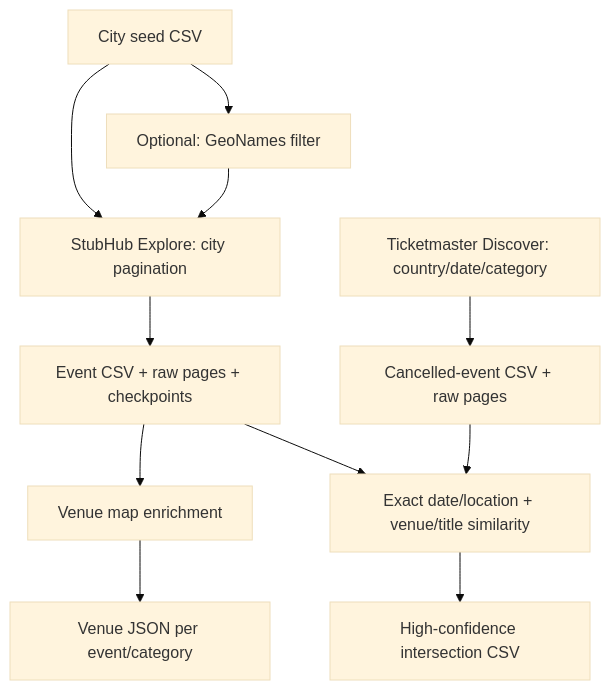
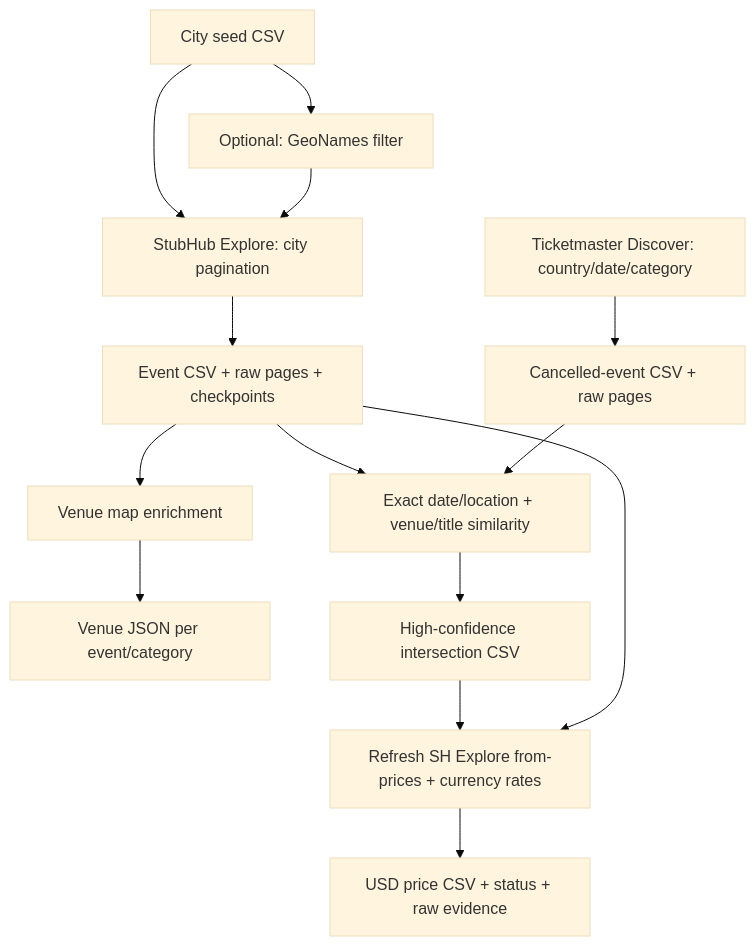
The diagram in README.md (Siriussee/cancelled-event), drawn with Mermaid (base theme) before and after one commit. The commit also changed other lines of this file and 3 other files, not shown here.

First line of the commit message:
docs: add price refresh to the cancellation workflow

````diff
--- a/README.md
+++ b/README.md
@@ -12,13 +12,16 @@
 ```mermaid
 flowchart TD
     Seeds["City seed CSV"] --> Filter["Optional: GeoNames filter"]
     Seeds --> StubHub["StubHub Explore: city pagination"]
     Filter --> StubHub
     StubHub --> Events["Event CSV + raw pages + checkpoints"]
     Events --> Venues["Venue map enrichment"]
     Venues --> Maps["Venue JSON per event/category"]
     Ticketmaster["Ticketmaster Discover: country/date/category"] --> Cancelled["Cancelled-event CSV + raw pages"]
     Events --> Match["Exact date/location + venue/title similarity"]
     Cancelled --> Match
     Match --> Overlap["High-confidence intersection CSV"]
+    Overlap --> Prices["Refresh SH Explore from-prices + currency rates"]
+    Events --> Prices
+    Prices --> Priced["USD price CSV + status + raw evidence"]
 ```
````
